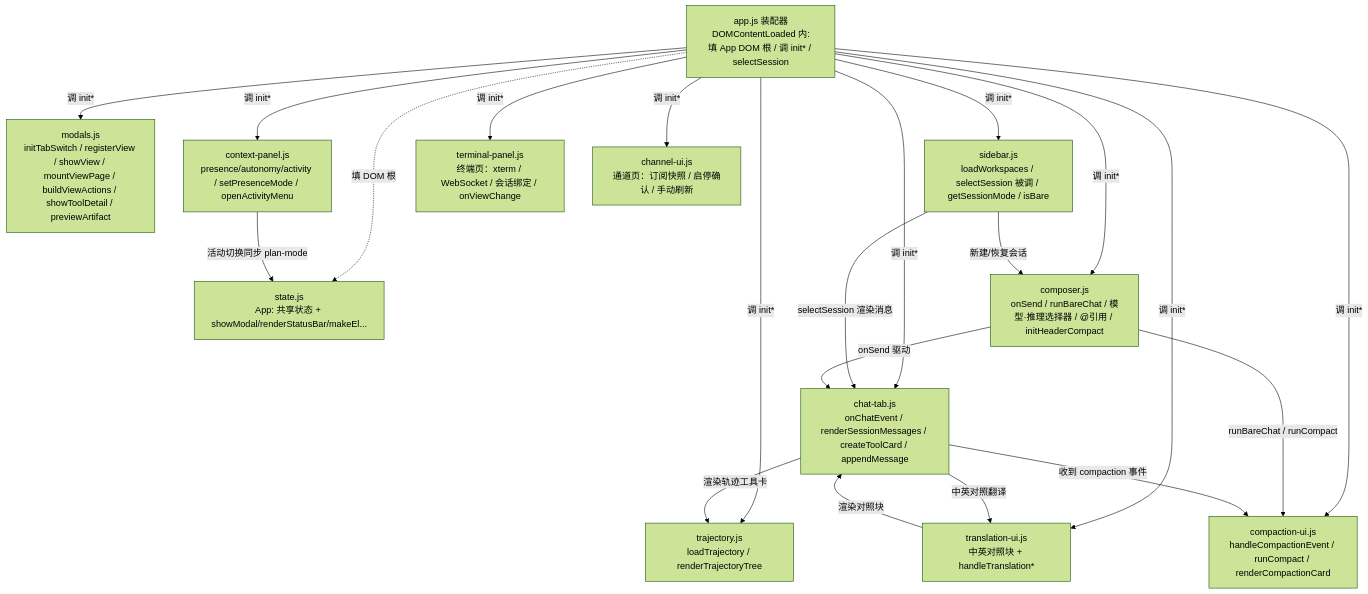
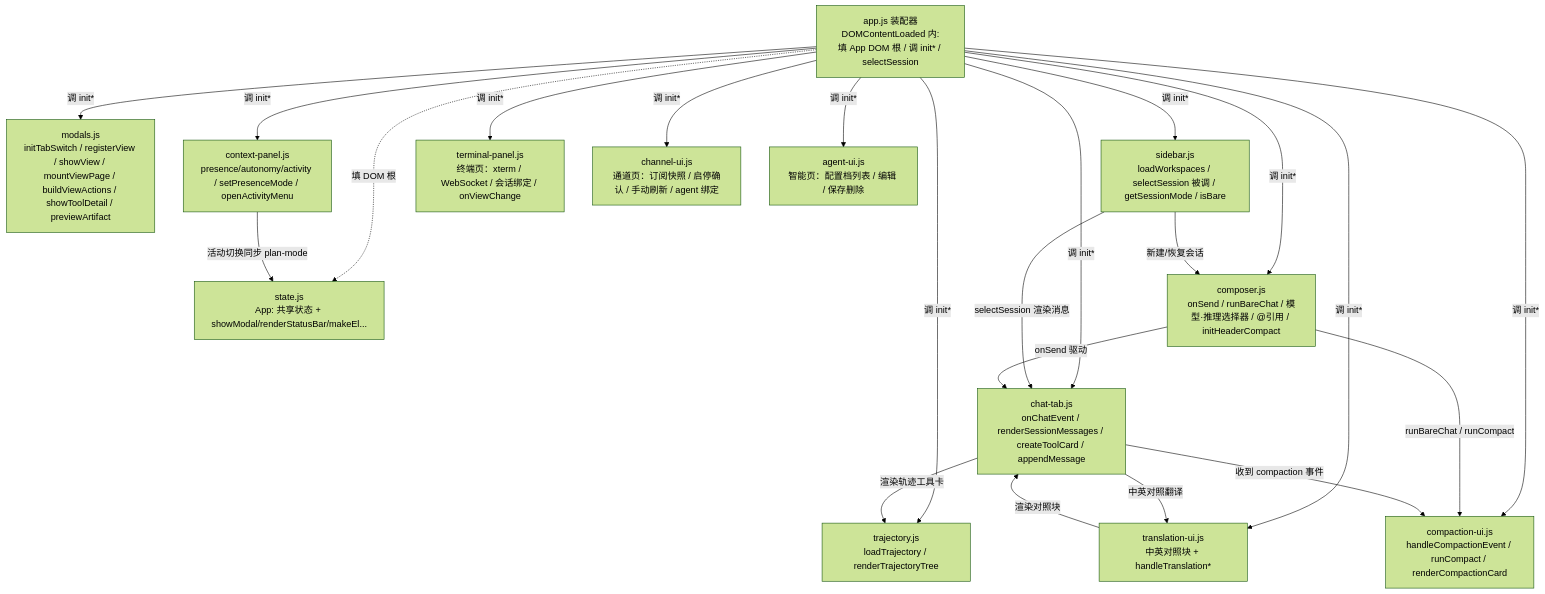
The second of 2 diagrams in docs/ui/ui.md (wingdever/agent), drawn with Mermaid (forest theme) before and after one commit. The commit also changed other lines of this file and 34 other files, not shown here.

````diff
--- a/docs/ui/ui.md
+++ b/docs/ui/ui.md
@@ -1053,38 +1089,40 @@
 ```mermaid
 graph TD
     APP["app.js 装配器<br/>DOMContentLoaded 内:<br/>填 App DOM 根 / 调 init* / selectSession"]
     ST["state.js<br/>App: 共享状态 + showModal/renderStatusBar/makeEl..."]
 
     M["modals.js<br/>initTabSwitch / registerView / showView / mountViewPage / buildViewActions / showToolDetail / previewArtifact"]
     SB["sidebar.js<br/>loadWorkspaces / selectSession 被调 / getSessionMode / isBare"]
     CP["context-panel.js<br/>presence/autonomy/activity / setPresenceMode / openActivityMenu"]
     TR["trajectory.js<br/>loadTrajectory / renderTrajectoryTree"]
     TU["translation-ui.js<br/>中英对照块 + handleTranslation*"]
     CT["chat-tab.js<br/>onChatEvent / renderSessionMessages / createToolCard / appendMessage"]
     CU["compaction-ui.js<br/>handleCompactionEvent / runCompact / renderCompactionCard"]
     CO["composer.js<br/>onSend / runBareChat / 模型·推理选择器 / @引用 / initHeaderCompact"]
     TP["terminal-panel.js<br/>终端页：xterm / WebSocket / 会话绑定 / onViewChange"]
-    CH["channel-ui.js<br/>通道页：订阅快照 / 启停确认 / 手动刷新"]
+    CH["channel-ui.js<br/>通道页：订阅快照 / 启停确认 / 手动刷新 / agent 绑定"]
+    AU["agent-ui.js<br/>智能页：配置档列表 / 编辑 / 保存删除"]
 
     APP -->|调 init*| M
     APP -->|调 init*| SB
     APP -->|调 init*| CP
     APP -->|调 init*| TR
     APP -->|调 init*| TU
     APP -->|调 init*| CT
     APP -->|调 init*| CU
     APP -->|调 init*| CO
     APP -->|调 init*| TP
     APP -->|调 init*| CH
+    APP -->|调 init*| AU
     APP -.填 DOM 根.-> ST
 
     SB -->|selectSession 渲染消息| CT
     SB -->|新建/恢复会话| CO
     CO -->|onSend 驱动| CT
     CO -->|runBareChat / runCompact| CU
     CT -->|收到 compaction 事件| CU
     CT -->|渲染轨迹工具卡| TR
     CT -->|中英对照翻译| TU
     CP -->|活动切换同步 plan-mode| ST
     TU -->|渲染对照块| CT
 ```
````
